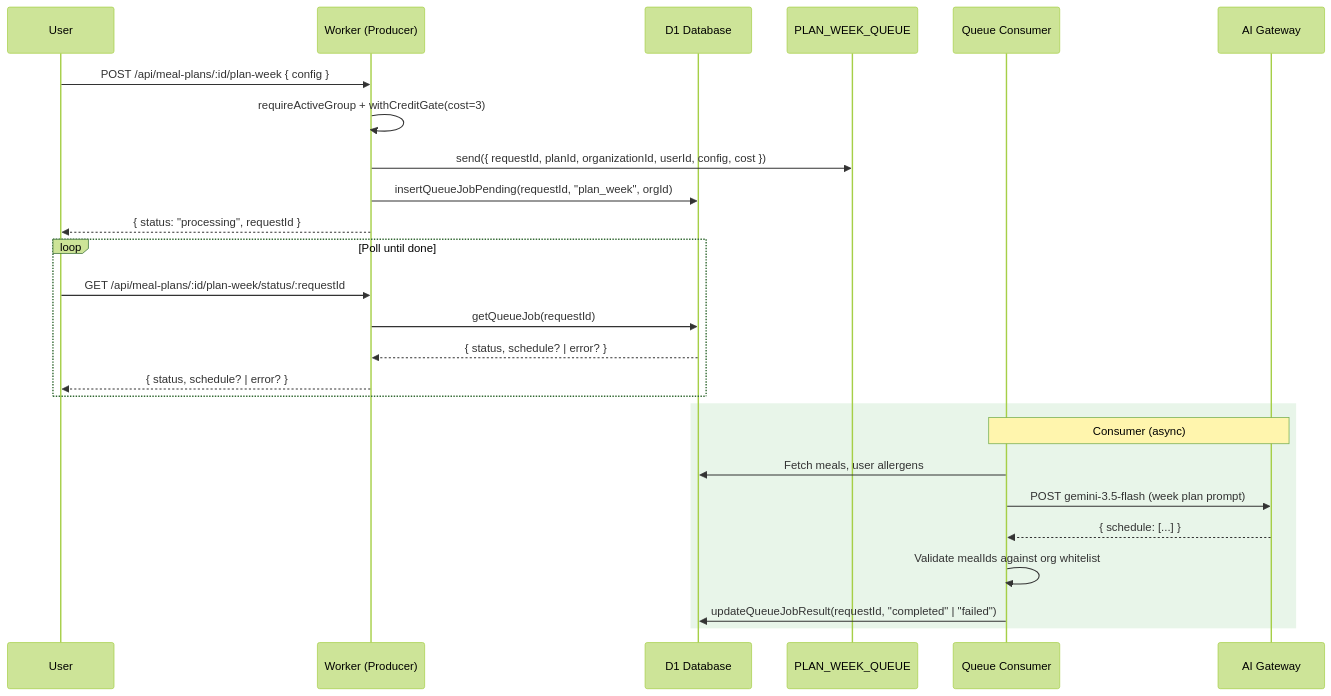
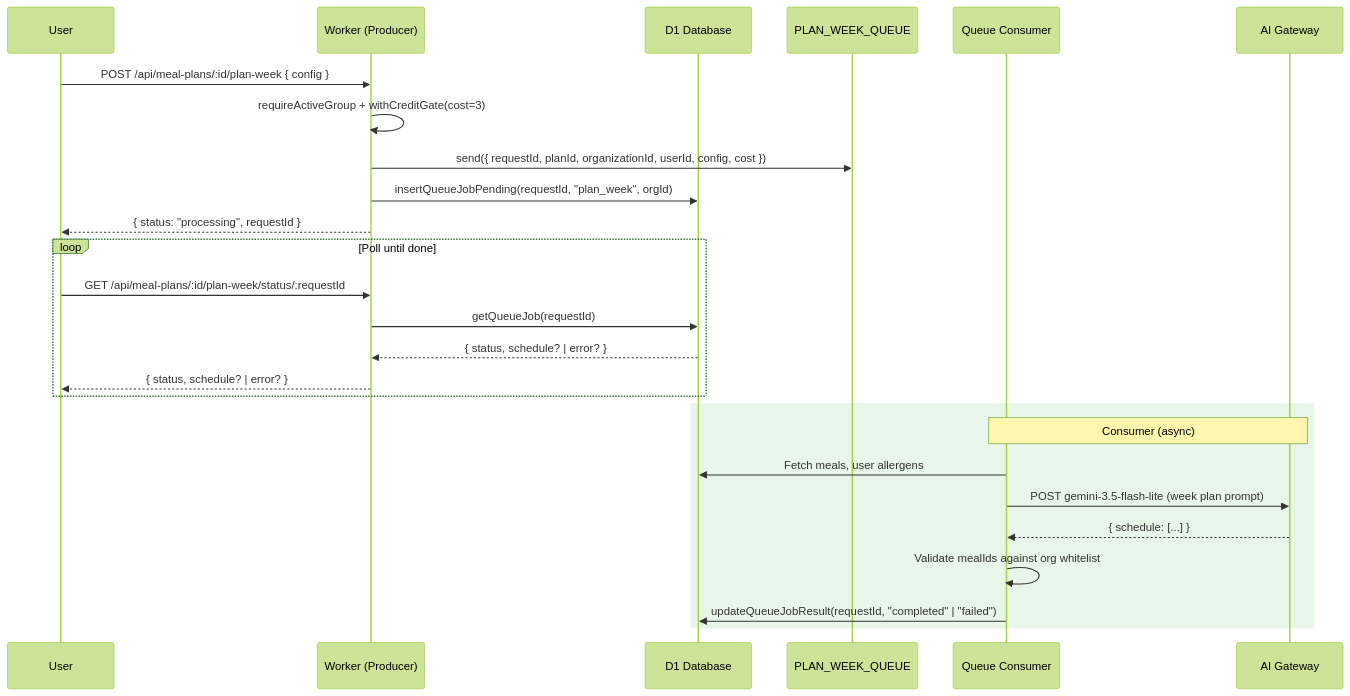
Diagram 13 of 24 in README.md (bjamesdowning/ration-mirror), drawn with Mermaid (forest theme) before and after one commit. The commit also changed other lines of this file and 8 other files, not shown here.

First line of the commit message:
feat: switch AI Gateway model to Gemini 3.5 Flash-Lite

````diff
--- a/README.md
+++ b/README.md
@@ -594,31 +594,31 @@
 ```mermaid
 sequenceDiagram
     participant User as User
     participant Worker as Worker (Producer)
     participant D1 as D1 Database
     participant Queue as PLAN_WEEK_QUEUE
     participant Consumer as Queue Consumer
     participant AIGateway as AI Gateway
 
     User->>Worker: POST /api/meal-plans/:id/plan-week { config }
     Worker->>Worker: requireActiveGroup + withCreditGate(cost=3)
     Worker->>Queue: send({ requestId, planId, organizationId, userId, config, cost })
     Worker->>D1: insertQueueJobPending(requestId, "plan_week", orgId)
     Worker-->>User: { status: "processing", requestId }
 
     loop Poll until done
         User->>Worker: GET /api/meal-plans/:id/plan-week/status/:requestId
         Worker->>D1: getQueueJob(requestId)
         D1-->>Worker: { status, schedule? | error? }
         Worker-->>User: { status, schedule? | error? }
     end
 
     rect rgb(232, 245, 233)
         Note over Consumer,AIGateway: Consumer (async)
         Consumer->>D1: Fetch meals, user allergens
-        Consumer->>AIGateway: POST gemini-3.5-flash (week plan prompt)
+        Consumer->>AIGateway: POST gemini-3.5-flash-lite (week plan prompt)
         AIGateway-->>Consumer: { schedule: [...] }
         Consumer->>Consumer: Validate mealIds against org whitelist
         Consumer->>D1: updateQueueJobResult(requestId, "completed" | "failed")
     end
 ```
````
